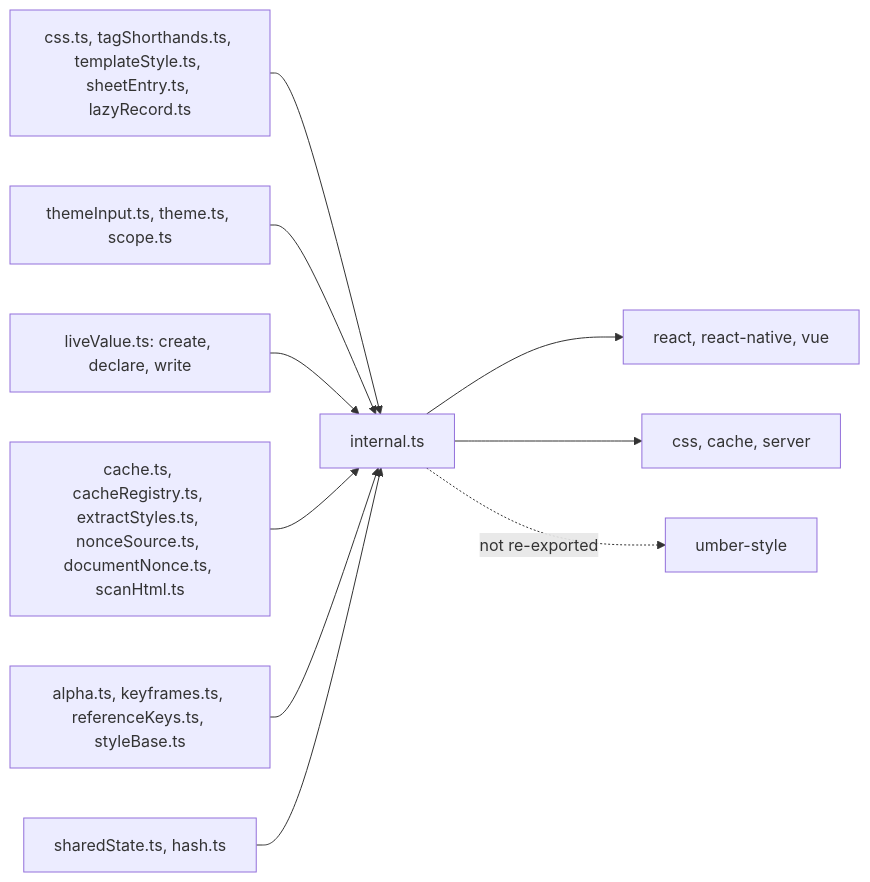
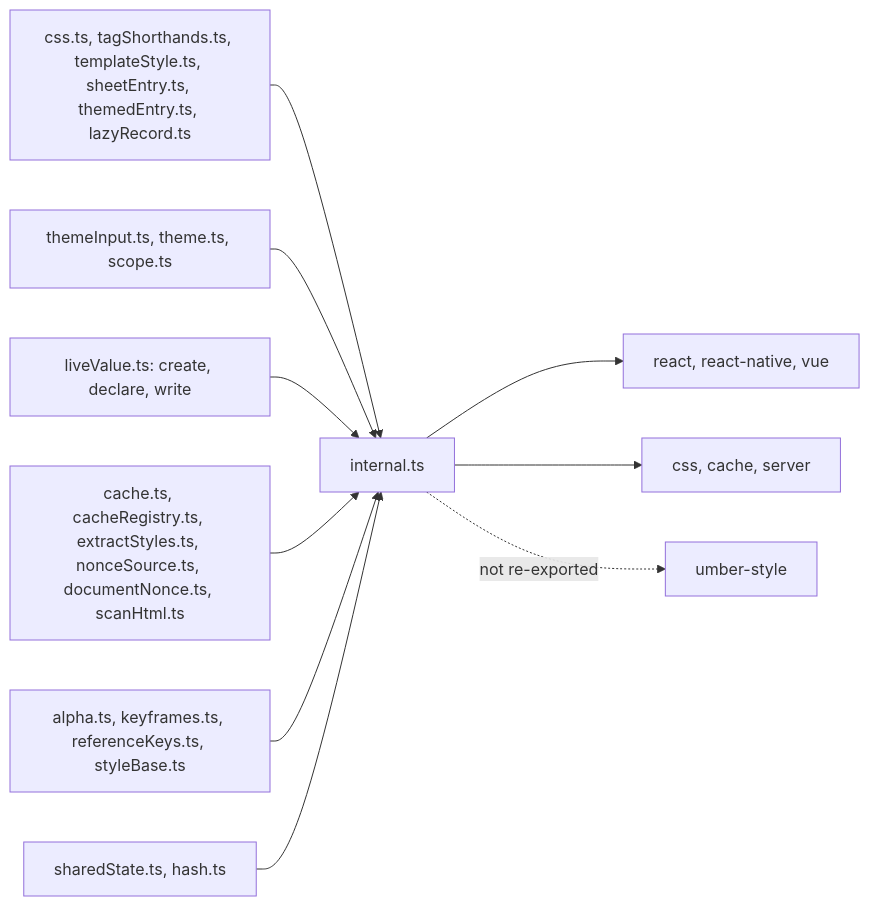
Before and after one commit to soroush-tech/umber-style: the diagram in packages/core/src/internal.md, drawn with Mermaid. The commit also changed other lines of this file and 80 other files, not shown here.

Commit message:
feat: a styled component resolves an entry of a theme sheet given to its style prop with no useStyle, and SheetStyleProp types a style prop of sheet entries in every binding - close #88, close #89

````diff
--- a/packages/core/src/internal.md
+++ b/packages/core/src/internal.md
@@ -52,12 +53,12 @@
 ```mermaid
 flowchart LR
-  styledParts["css.ts, tagShorthands.ts, templateStyle.ts, sheetEntry.ts, lazyRecord.ts"] --> entry["internal.ts"]
+  styledParts["css.ts, tagShorthands.ts, templateStyle.ts, sheetEntry.ts, themedEntry.ts, lazyRecord.ts"] --> entry["internal.ts"]
   providers["themeInput.ts, theme.ts, scope.ts"] --> entry
   live["liveValue.ts: create, declare, write"] --> entry
   page["cache.ts, cacheRegistry.ts, extractStyles.ts, nonceSource.ts, documentNonce.ts, scanHtml.ts"] --> entry
   native["alpha.ts, keyframes.ts, referenceKeys.ts, styleBase.ts"] --> entry
   shared["sharedState.ts, hash.ts"] --> entry
   entry --> bindings["react, react-native, vue"]
   entry --> family["css, cache, server"]
   entry -. "not re-exported" .-> umbrella["umber-style"]
 ```
````
